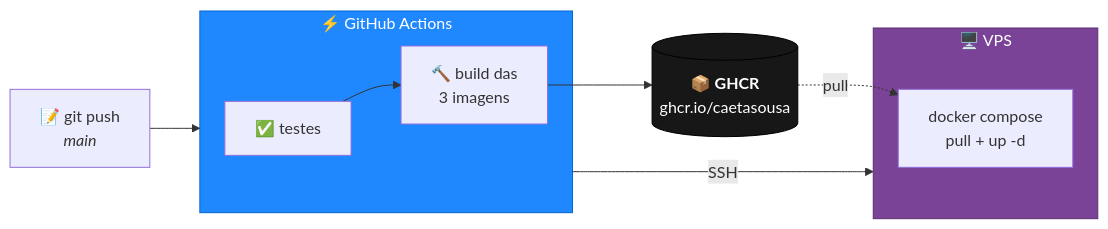
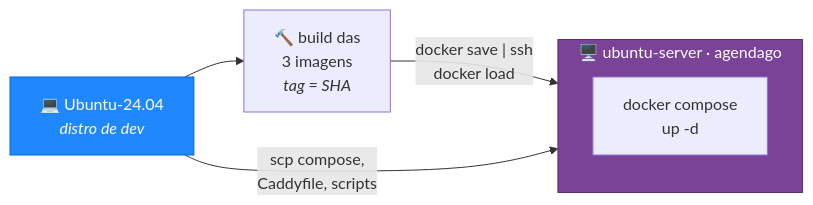
The second of 4 diagrams in docs/producao.md (caetasousa/agendaGo), drawn with Mermaid before and after one commit. The commit also changed other lines of this file and 5 other files, not shown here.

````diff
--- a/docs/producao.md
+++ b/docs/producao.md
@@ -61,21 +95,13 @@
 ```mermaid
 flowchart LR
-    G["📝 git push<br/><i>main</i>"] --> CI
+    G["💻 Ubuntu-24.04<br/><i>distro de dev</i>"] --> B["🔨 build das<br/>3 imagens<br/><i>tag = SHA</i>"]
+    B -->|"docker save | ssh<br/>docker load"| V
+    G -->|"scp compose,<br/>Caddyfile, scripts"| V
 
-    subgraph CI["⚡ GitHub Actions"]
-        T["✅ testes"] --> B["🔨 build das<br/>3 imagens"]
+    subgraph V["🖥️ ubuntu-server · agendago"]
+        D["docker compose<br/>up -d"]
     end
 
-    B --> R[("📦 <b>GHCR</b><br/>ghcr.io/caetasousa")]
-    CI -->|SSH| V
-
-    subgraph V["🖥️ VPS"]
-        D["docker compose<br/>pull + up -d"]
-    end
-
-    R -.->|pull| D
-
-    style CI fill:#2088ff,stroke:#0366d6,color:#fff
-    style R fill:#181717,stroke:#000,color:#fff
+    style G fill:#2088ff,stroke:#0366d6,color:#fff
     style V fill:#7b4397,stroke:#5a2f6f,color:#fff
 ```
````
